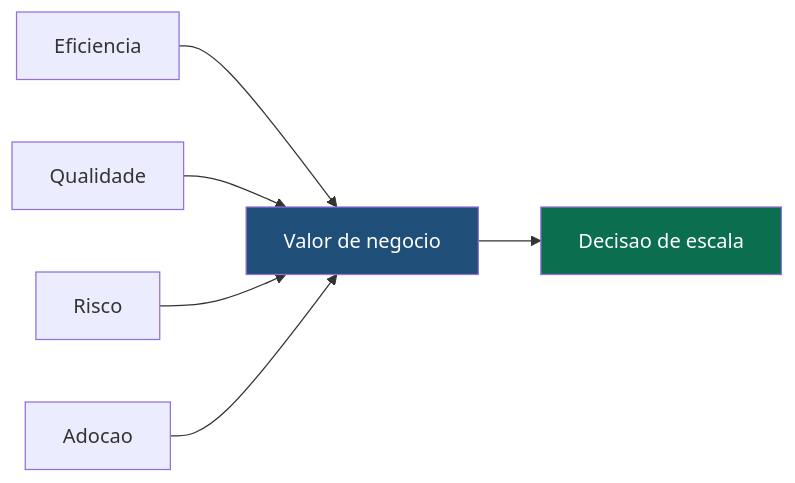
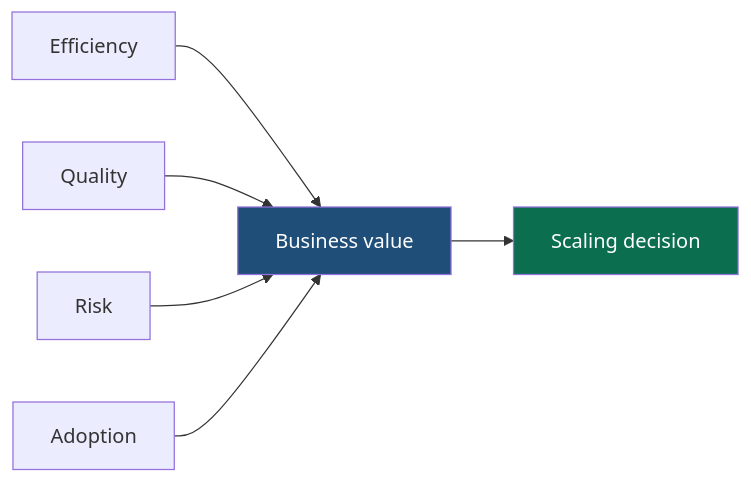
The eighth of 9 diagrams in doc/resultado.md (fabioharams/hubsp-ai-skill), drawn with Mermaid before and after one commit. The commit also changed other lines of this file and 21 other files, not shown here.

````diff
--- a/doc/resultado.md
+++ b/doc/resultado.md
@@ -263,11 +262,11 @@
 ```mermaid
 flowchart LR
-    A[Eficiencia] --> D[Valor de negocio]
-    B[Qualidade] --> D
-    C[Risco] --> D
-    E[Adocao] --> D
-    D --> F[Decisao de escala]
+    A[Efficiency] --> D[Business value]
+    B[Quality] --> D
+    C[Risk] --> D
+    E[Adoption] --> D
+    D --> F[Scaling decision]
 
     style D fill:#1F4E79,color:#fff
     style F fill:#0B6E4F,color:#fff
 ```
````
